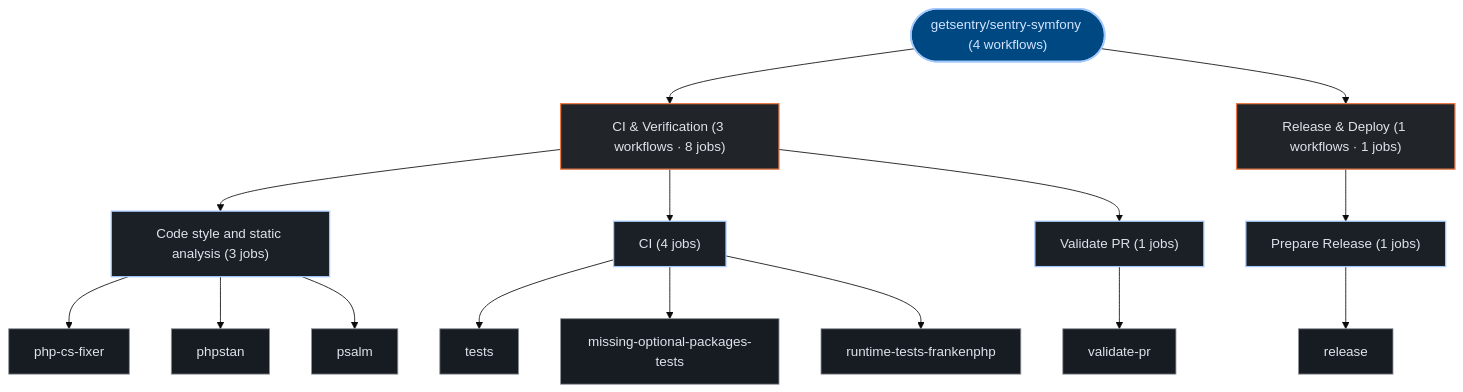
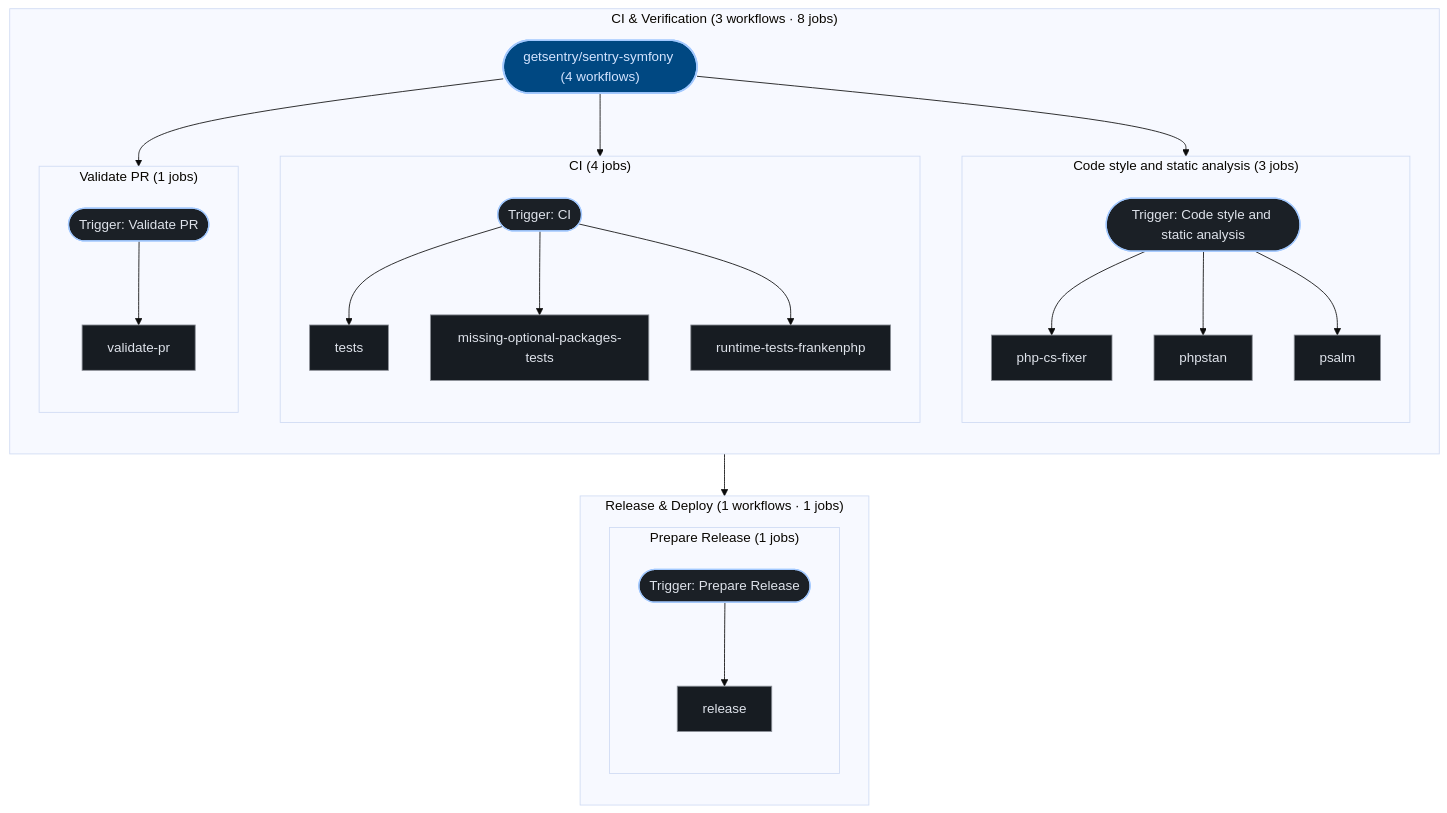
The third of 3 diagrams in exports/latest/reports/getsentry-sentry-symfony-report.md (kumarshaz/atruss-code-atlas), drawn with Mermaid (base theme) before and after one commit. The commit also changed 181 other files, not shown here.

````diff
--- a/exports/latest/reports/getsentry-sentry-symfony-report.md
+++ b/exports/latest/reports/getsentry-sentry-symfony-report.md
@@ -243,39 +243,53 @@
 ```mermaid
 graph TD;
   classDef atlasRoot fill:#004882,stroke:#a3c9ff,stroke-width:2px,color:#d3e4ff
   classDef atlasCategory fill:#212428,stroke:#E87A48,stroke-width:1.5px,color:#dfe3eb
   classDef atlasWorkflow fill:#1b2026,stroke:#a3c9ff,stroke-width:1.5px,color:#dfe3eb
   classDef atlasJob fill:#171c22,stroke:#8d9199,stroke-width:1px,color:#dfe3eb
   classDef atlasTarget fill:#005227,stroke:#8bd99b,stroke-width:1.5px,color:#a7f6b6
   classDef atlasAlert fill:#93000a,stroke:#ffb4ab,stroke-width:1.5px,color:#ffdad6
   classDef atlasMore fill:#252a31,stroke:#8d9199,stroke-dasharray:4 4,color:#c3c6cf
   pipeline_root(["getsentry/sentry-symfony (4 workflows)"]):::atlasRoot
-  grp_0_CI___Verification["CI & Verification (3 workflows · 8 jobs)"]:::atlasCategory
-  pipeline_root --> grp_0_CI___Verification
-  wf_1_Code_style_and_static_analysis["Code style and static analysis (3 jobs)"]:::atlasWorkflow
-  grp_0_CI___Verification --> wf_1_Code_style_and_static_analysis
-  job_1_php_cs_fixer["php-cs-fixer"]:::atlasJob
-  job_1_phpstan["phpstan"]:::atlasJob
-  job_1_psalm["psalm"]:::atlasJob
-  wf_1_Code_style_and_static_analysis --> job_1_php_cs_fixer
-  wf_1_Code_style_and_static_analysis --> job_1_phpstan
-  wf_1_Code_style_and_static_analysis --> job_1_psalm
-  wf_2_CI["CI (4 jobs)"]:::atlasWorkflow
-  grp_0_CI___Verification --> wf_2_CI
-  job_2_tests["tests"]:::atlasJob
-  job_2_missing_optional_packages_tests["missing-optional-packages-tests"]:::atlasJob
-  job_2_runtime_tests_frankenphp["runtime-tests-frankenphp"]:::atlasJob
-  wf_2_CI --> job_2_tests
-  wf_2_CI --> job_2_missing_optional_packages_tests
-  wf_2_CI --> job_2_runtime_tests_frankenphp
-  wf_3_Validate_PR["Validate PR (1 jobs)"]:::atlasWorkflow
-  grp_0_CI___Verification --> wf_3_Validate_PR
-  job_3_validate_pr["validate-pr"]:::atlasJob
-  wf_3_Validate_PR --> job_3_validate_pr
-  grp_1_Release___Deploy["Release & Deploy (1 workflows · 1 jobs)"]:::atlasCategory
-  pipeline_root --> grp_1_Release___Deploy
-  wf_0_Prepare_Release["Prepare Release (1 jobs)"]:::atlasWorkflow
-  grp_1_Release___Deploy --> wf_0_Prepare_Release
-  job_0_release["release"]:::atlasJob
-  wf_0_Prepare_Release --> job_0_release
+  subgraph sg_grp_0_CI___Verification["CI & Verification (3 workflows · 8 jobs)"]
+    direction TB
+    subgraph sg_wf_1_Code_style_and_static_analysis["Code style and static analysis (3 jobs)"]
+      direction TB
+      wf_1_Code_style_and_static_analysis(["Trigger: Code style and static analysis"]):::atlasWorkflow
+      job_1_php_cs_fixer["php-cs-fixer"]:::atlasJob
+      job_1_phpstan["phpstan"]:::atlasJob
+      job_1_psalm["psalm"]:::atlasJob
+      wf_1_Code_style_and_static_analysis --> job_1_php_cs_fixer
+      wf_1_Code_style_and_static_analysis --> job_1_phpstan
+      wf_1_Code_style_and_static_analysis --> job_1_psalm
+    end
+    pipeline_root --> wf_1_Code_style_and_static_analysis
+    subgraph sg_wf_2_CI["CI (4 jobs)"]
+      direction TB
+      wf_2_CI(["Trigger: CI"]):::atlasWorkflow
+      job_2_tests["tests"]:::atlasJob
+      job_2_missing_optional_packages_tests["missing-optional-packages-tests"]:::atlasJob
+      job_2_runtime_tests_frankenphp["runtime-tests-frankenphp"]:::atlasJob
+      wf_2_CI --> job_2_tests
+      wf_2_CI --> job_2_missing_optional_packages_tests
+      wf_2_CI --> job_2_runtime_tests_frankenphp
+    end
+    pipeline_root --> wf_2_CI
+    subgraph sg_wf_3_Validate_PR["Validate PR (1 jobs)"]
+      direction TB
+      wf_3_Validate_PR(["Trigger: Validate PR"]):::atlasWorkflow
+      job_3_validate_pr["validate-pr"]:::atlasJob
+      wf_3_Validate_PR --> job_3_validate_pr
+    end
+    pipeline_root --> wf_3_Validate_PR
+  end
+  subgraph sg_grp_1_Release___Deploy["Release & Deploy (1 workflows · 1 jobs)"]
+    direction TB
+    subgraph sg_wf_0_Prepare_Release["Prepare Release (1 jobs)"]
+      direction TB
+      wf_0_Prepare_Release(["Trigger: Prepare Release"]):::atlasWorkflow
+      job_0_release["release"]:::atlasJob
+      wf_0_Prepare_Release --> job_0_release
+    end
+    pipeline_root --> wf_0_Prepare_Release
+  end
 ```
````
